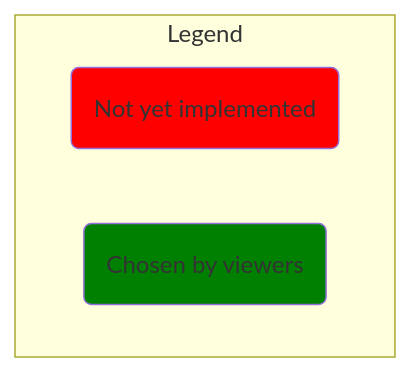
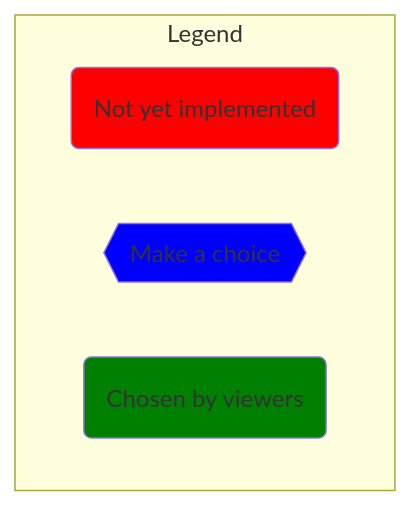
The first of 4 diagrams in README.md (vfarcic/cncf-demo), drawn with Mermaid before and after one commit. The commit also changed other lines of this file and 11 other files, not shown here.

````diff
--- a/README.md
+++ b/README.md
@@ -23,14 +23,14 @@
 ```mermaid
 flowchart TD
 
     subgraph "Legend"
 
         red(Not yet implemented)
         style red fill:red
         blue{{Make a choice}}
         style blue fill:blue
-        blue(Chosen by viewers)
-        style blue fill:green
+        green(Chosen by viewers)
+        style green fill:green
 
     end
 ```
````
